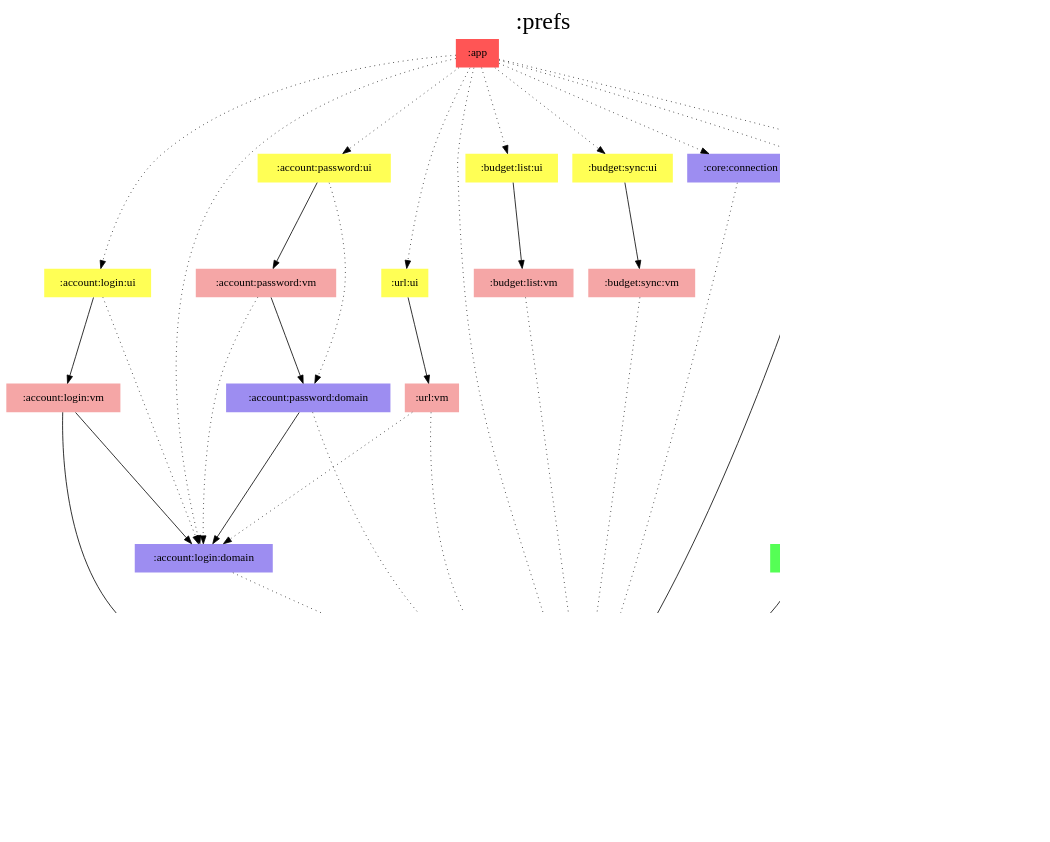
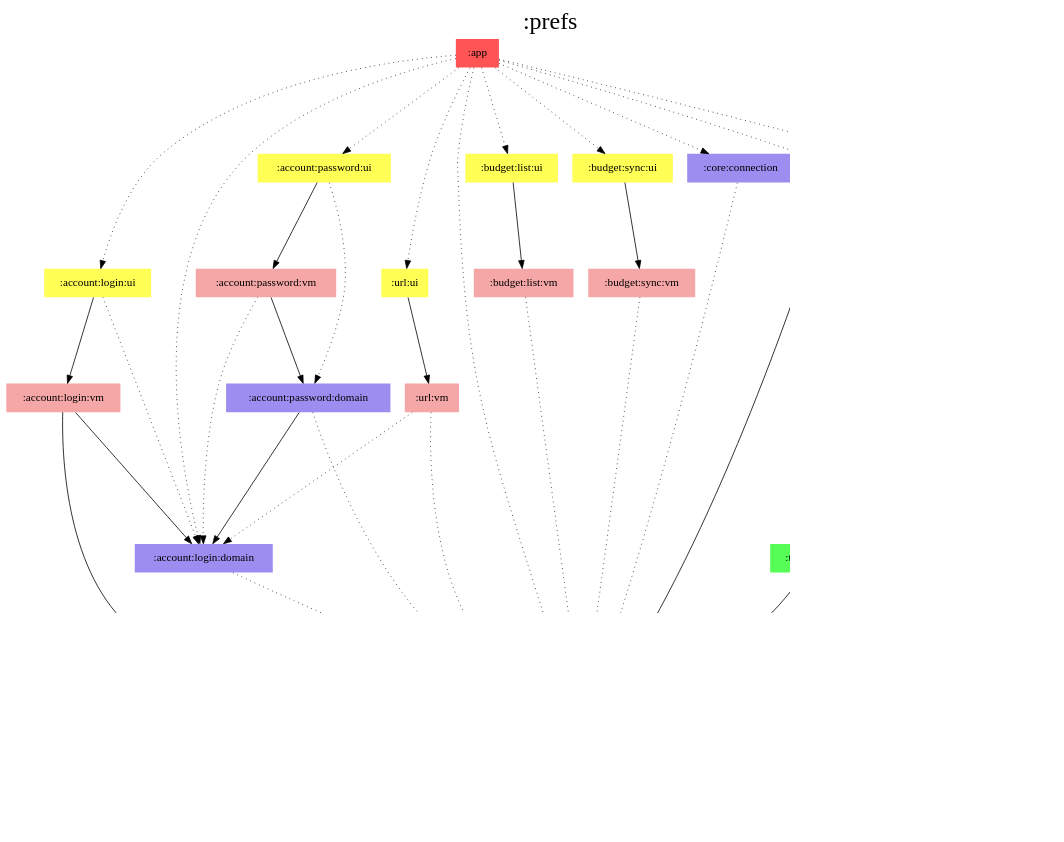
The diagram in modules/prefs/modules.dot (jonapoul/aktual), drawn with Graphviz before and after one commit. The commit also changed 88 other files, not shown here.

```diff
--- a/modules/prefs/modules.dot
+++ b/modules/prefs/modules.dot
@@ -1,80 +1,80 @@
 digraph {
 edge ["dir"="forward"]
 graph ["dpi"="100","label"=":prefs","labelloc"="t","fontsize"="30","ranksep"="1.5","rankdir"="TB"]
 node ["style"="filled"]
 ":account:login:domain" ["fillcolor"="#9D8DF1","shape"="none"]
 ":account:login:ui" ["fillcolor"="#FFFF55","shape"="none"]
 ":account:login:vm" ["fillcolor"="#F5A6A6","shape"="none"]
 ":account:model" ["fillcolor"="#9D8DF1","shape"="none"]
 ":account:password:domain" ["fillcolor"="#9D8DF1","shape"="none"]
 ":account:password:ui" ["fillcolor"="#FFFF55","shape"="none"]
 ":account:password:vm" ["fillcolor"="#F5A6A6","shape"="none"]
 ":app" ["fillcolor"="#FF5555","shape"="none"]
 ":budget:list:ui" ["fillcolor"="#FFFF55","shape"="none"]
 ":budget:list:vm" ["fillcolor"="#F5A6A6","shape"="none"]
 ":budget:sync:ui" ["fillcolor"="#FFFF55","shape"="none"]
 ":budget:sync:vm" ["fillcolor"="#F5A6A6","shape"="none"]
 ":core:connection" ["fillcolor"="#9D8DF1","shape"="none"]
 ":core:di" ["fillcolor"="#FCB103","shape"="none"]
 ":core:model" ["fillcolor"="#9D8DF1","shape"="none"]
 ":prefs" ["fillcolor"="#9D8DF1","color"="black","penwidth"="3","shape"="box"]
 ":settings:ui" ["fillcolor"="#FFFF55","shape"="none"]
 ":settings:vm" ["fillcolor"="#F5A6A6","shape"="none"]
-":test:prefs" ["fillcolor"="#55FF55","shape"="none"]
+":test:android" ["fillcolor"="#55FF55","shape"="none"]
 ":url:ui" ["fillcolor"="#FFFF55","shape"="none"]
 ":url:vm" ["fillcolor"="#F5A6A6","shape"="none"]
 {
 edge ["dir"="none"]
 graph ["rank"="same"]
 ":prefs"
 }
 ":account:login:domain" -> ":prefs" ["style"="dotted"]
 ":account:login:ui" -> ":account:login:domain" ["style"="dotted"]
 ":account:login:ui" -> ":account:login:vm"
 ":account:login:vm" -> ":account:login:domain"
 ":account:login:vm" -> ":prefs"
 ":account:password:domain" -> ":account:login:domain"
 ":account:password:domain" -> ":prefs" ["style"="dotted"]
 ":account:password:ui" -> ":account:password:domain" ["style"="dotted"]
 ":account:password:ui" -> ":account:password:vm"
 ":account:password:vm" -> ":account:login:domain" ["style"="dotted"]
 ":account:password:vm" -> ":account:password:domain"
 ":app" -> ":account:login:domain" ["style"="dotted"]
 ":app" -> ":account:login:ui" ["style"="dotted"]
 ":app" -> ":account:password:ui" ["style"="dotted"]
 ":app" -> ":budget:list:ui" ["style"="dotted"]
 ":app" -> ":budget:sync:ui" ["style"="dotted"]
 ":app" -> ":core:connection" ["style"="dotted"]
 ":app" -> ":core:di" ["style"="dotted"]
 ":app" -> ":prefs" ["style"="dotted"]
 ":app" -> ":settings:ui" ["style"="dotted"]
 ":app" -> ":url:ui" ["style"="dotted"]
 ":budget:list:ui" -> ":budget:list:vm"
 ":budget:list:vm" -> ":prefs" ["style"="dotted"]
 ":budget:sync:ui" -> ":budget:sync:vm"
 ":budget:sync:vm" -> ":prefs" ["style"="dotted"]
 ":core:connection" -> ":prefs" ["style"="dotted"]
 ":core:di" -> ":prefs"
 ":prefs" -> ":account:model"
 ":prefs" -> ":core:model"
 ":settings:ui" -> ":settings:vm"
 ":settings:vm" -> ":prefs"
-":test:prefs" -> ":prefs"
+":test:android" -> ":prefs"
 ":url:ui" -> ":url:vm"
 ":url:vm" -> ":account:login:domain" ["style"="dotted"]
 ":url:vm" -> ":prefs" ["style"="dotted"]
 subgraph "cluster_legend" {
 edge ["dir"="none"]
 graph ["label"="Legend","fontsize"="20"]
 "Legend" ["style"="filled","fillcolor"="#FFFFFF","shape"="none","margin"="0","fontsize"="15","label"=<
 <TABLE BORDER="0" CELLBORDER="0" CELLSPACING="0" CELLPADDING="4">
 <TR><TD>App</TD><TD BGCOLOR="#FF5555">module-name</TD></TR>
 <TR><TD>ViewModel</TD><TD BGCOLOR="#F5A6A6">module-name</TD></TR>
 <TR><TD>Hilt</TD><TD BGCOLOR="#FCB103">module-name</TD></TR>
 <TR><TD>Compose</TD><TD BGCOLOR="#FFFF55">module-name</TD></TR>
 <TR><TD>Android</TD><TD BGCOLOR="#55FF55">module-name</TD></TR>
 <TR><TD>Multiplatform</TD><TD BGCOLOR="#9D8DF1">module-name</TD></TR>
 </TABLE>
 >]
 } -> ":prefs" ["style"="invis"]
 }
```
